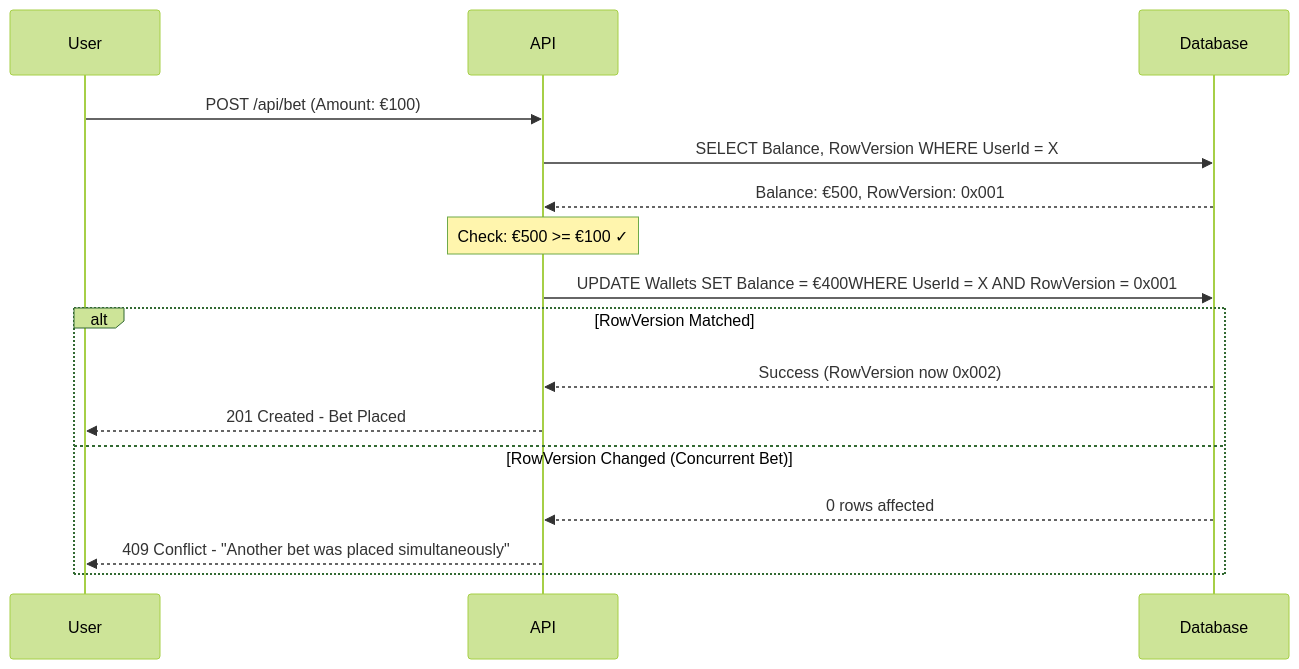
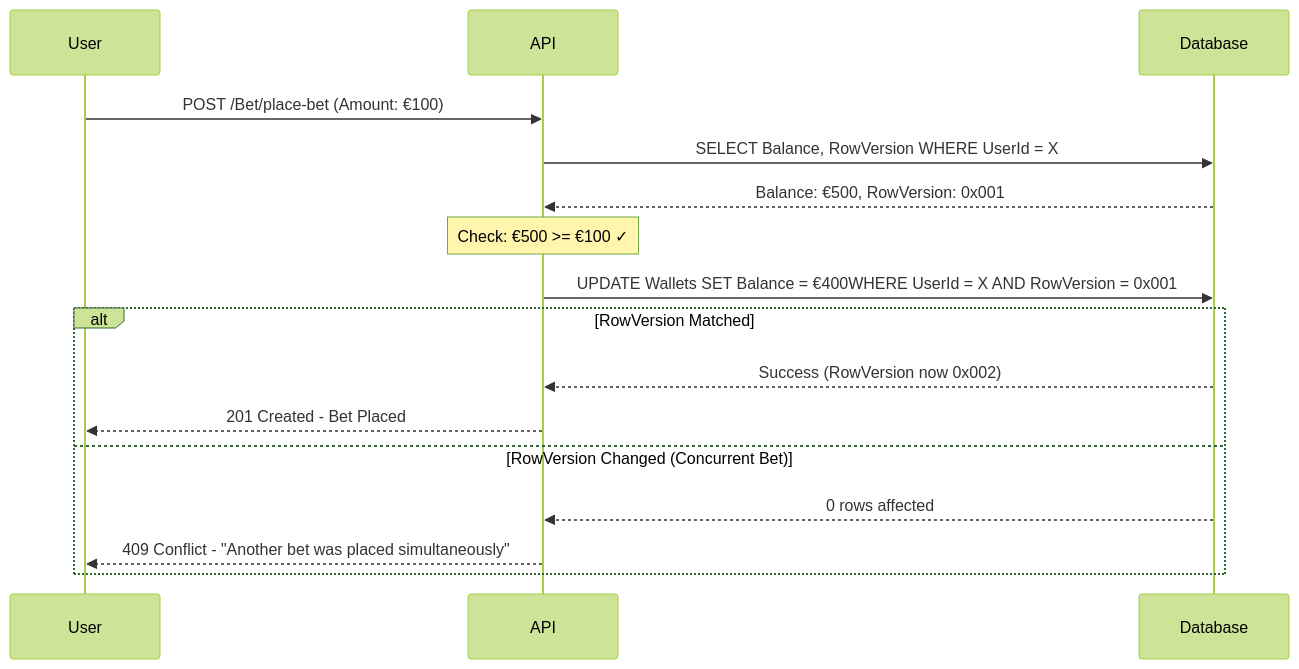
One commit to DeVFirmino/SportsBetting changed the second of 3 diagrams in README.md. Above: the diagram before and after it, drawn with Mermaid (forest theme). The commit also changed other lines of this file, not shown here.

Commit message:
Align README with implemented betting flow

````diff
--- a/README.md
+++ b/README.md
@@ -178,22 +184,22 @@
 ```mermaid
 sequenceDiagram
     participant User
     participant API
     participant Database
     
-    User->>API: POST /api/bet (Amount: €100)
+    User->>API: POST /Bet/place-bet (Amount: €100)
     API->>Database: SELECT Balance, RowVersion WHERE UserId = X
     Database-->>API: Balance: €500, RowVersion: 0x001
     
     Note over API: Check: €500 >= €100 ✓
     
     API->>Database: UPDATE Wallets SET Balance = €400WHERE UserId = X AND RowVersion = 0x001
     
     alt RowVersion Matched
         Database-->>API: Success (RowVersion now 0x002)
         API-->>User: 201 Created - Bet Placed
     else RowVersion Changed (Concurrent Bet)
         Database-->>API: 0 rows affected
         API-->>User: 409 Conflict - "Another bet was placed simultaneously"
     end
 ```
````
